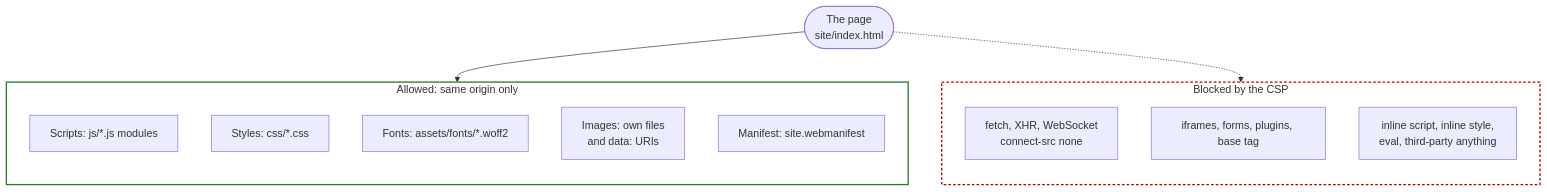
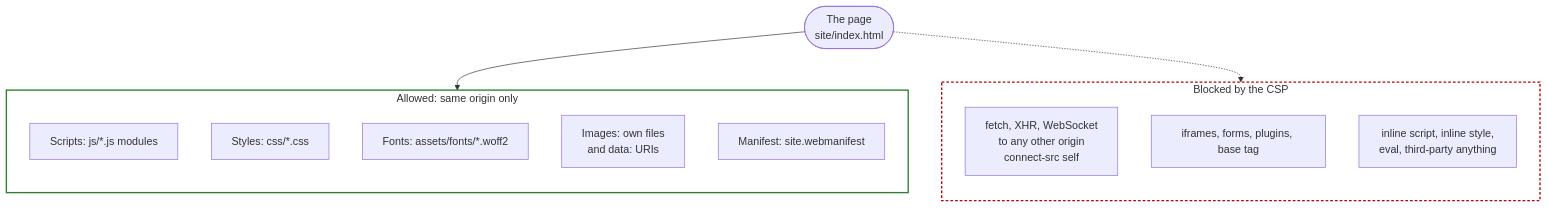
Before and after one commit to carterptull/ampline-website: the second of 2 diagrams in diagrams/deployment-security.md, drawn with Mermaid. The commit also changed other lines of this file and 6 other files, not shown here.

Commit message:
fix: connect-src 'self' so Lighthouse can validate robots.txt

````diff
--- a/diagrams/deployment-security.md
+++ b/diagrams/deployment-security.md
@@ -45,26 +45,26 @@
 ```mermaid
 flowchart TB
     page(["The page<br/>site/index.html"])
 
     subgraph allowed["Allowed: same origin only"]
         direction TB
         scr["Scripts: js/*.js modules"]
         sty["Styles: css/*.css"]
         fnt["Fonts: assets/fonts/*.woff2"]
         img["Images: own files<br/>and data: URIs"]
         man["Manifest: site.webmanifest"]
     end
 
     subgraph blocked["Blocked by the CSP"]
         direction TB
-        net["fetch, XHR, WebSocket<br/>connect-src none"]
+        net["fetch, XHR, WebSocket<br/>to any other origin<br/>connect-src self"]
         frm["iframes, forms, plugins, base tag"]
         inl["inline script, inline style,<br/>eval, third-party anything"]
     end
 
     page --> allowed
     page -.-> blocked
 
     style allowed fill:transparent,stroke:#2E7D32,stroke-width:2px
     style blocked fill:transparent,stroke:#BB0000,stroke-width:2px,stroke-dasharray: 4 3
 ```
````
